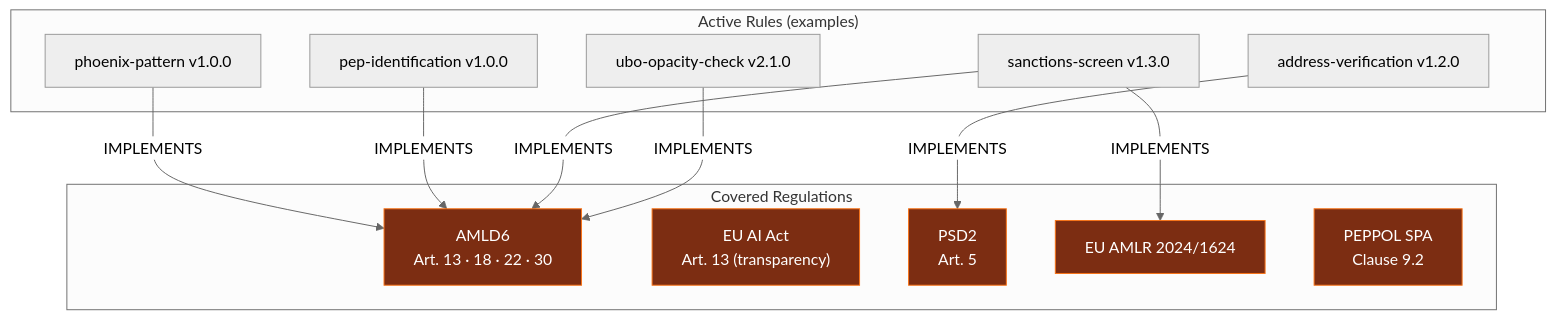
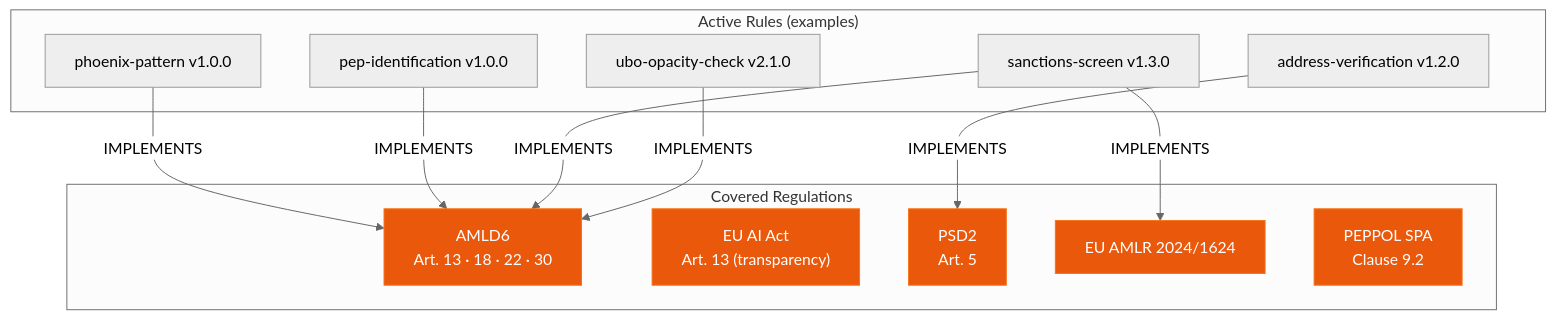
One commit to Tsunami-max/trust-relay-docs changed the fifth of 6 diagrams in docs/architecture/ontology-layer.md. Above: the diagram before and after it, drawn with Mermaid (neutral theme). The commit also changed other lines of this file and 24 other files, not shown here.

````diff
--- a/docs/architecture/ontology-layer.md
+++ b/docs/architecture/ontology-layer.md
@@ -412,31 +412,31 @@
 ```mermaid
 graph TD
     subgraph Regulations["Covered Regulations"]
         AMLD6["AMLD6<br/>Art. 13 · 18 · 22 · 30"]
         AIAct["EU AI Act<br/>Art. 13 (transparency)"]
         PSD2["PSD2<br/>Art. 5"]
         AMLR["EU AMLR 2024/1624"]
         PEPPOL["PEPPOL SPA<br/>Clause 9.2"]
     end
 
     subgraph Rules["Active Rules (examples)"]
         R1["ubo-opacity-check v2.1.0"]
         R2["sanctions-screen v1.3.0"]
         R3["pep-identification v1.0.0"]
         R4["address-verification v1.2.0"]
         R5["phoenix-pattern v1.0.0"]
     end
 
     R1 -->|IMPLEMENTS| AMLD6
     R2 -->|IMPLEMENTS| AMLD6
     R2 -->|IMPLEMENTS| AMLR
     R3 -->|IMPLEMENTS| AMLD6
     R4 -->|IMPLEMENTS| PSD2
     R5 -->|IMPLEMENTS| AMLD6
 
-    style AMLD6 fill:#7c2d12,stroke:#f97316,color:#fff
-    style AIAct fill:#7c2d12,stroke:#f97316,color:#fff
-    style PSD2 fill:#7c2d12,stroke:#f97316,color:#fff
-    style AMLR fill:#7c2d12,stroke:#f97316,color:#fff
-    style PEPPOL fill:#7c2d12,stroke:#f97316,color:#fff
+    style AMLD6 fill:#ea580c,stroke:#f97316,color:#fff
+    style AIAct fill:#ea580c,stroke:#f97316,color:#fff
+    style PSD2 fill:#ea580c,stroke:#f97316,color:#fff
+    style AMLR fill:#ea580c,stroke:#f97316,color:#fff
+    style PEPPOL fill:#ea580c,stroke:#f97316,color:#fff
 ```
````
